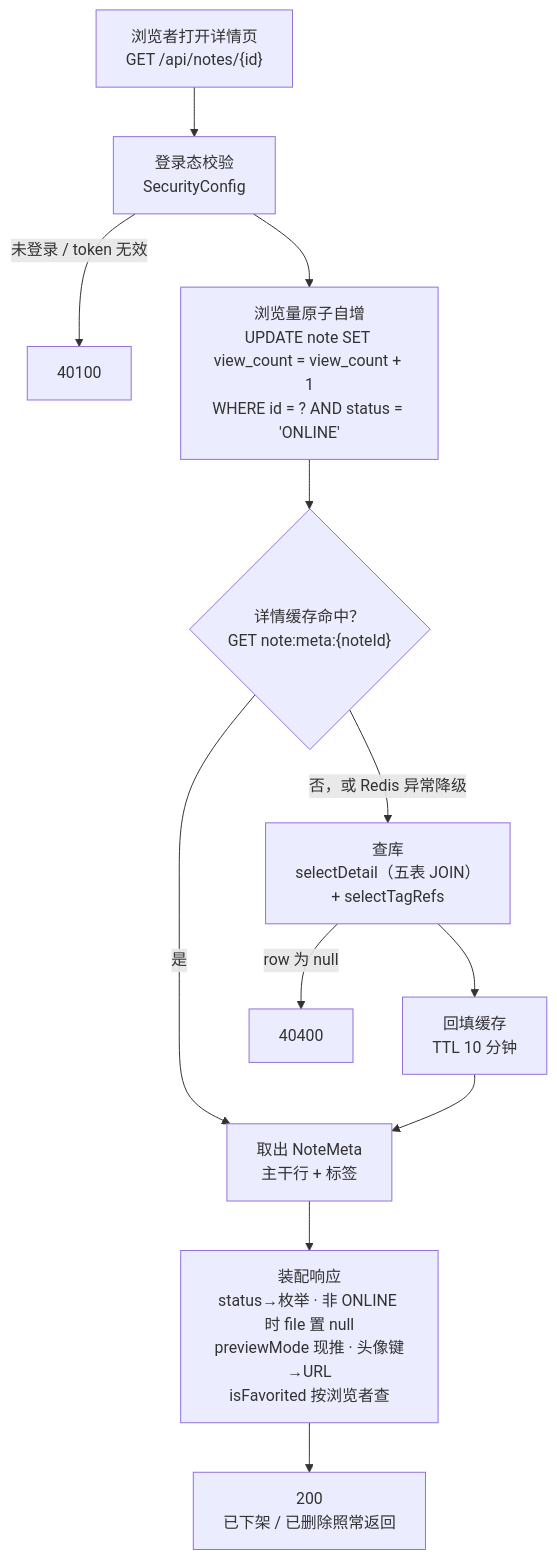
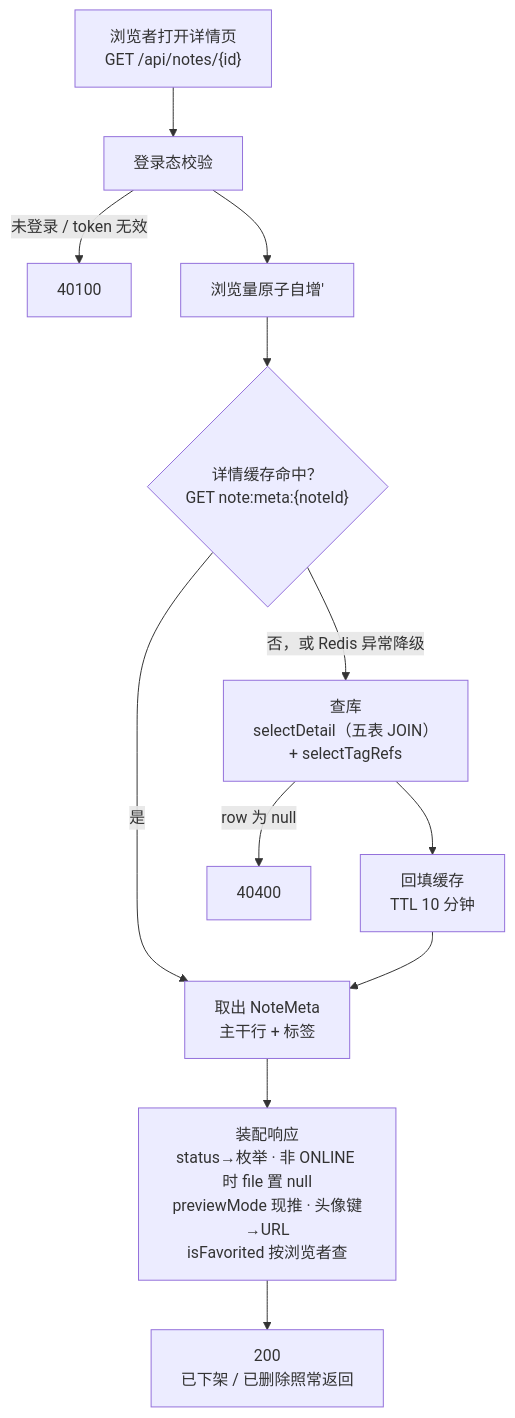
The diagram in docs/功能说明/note/笔记详情查询.md (ShiwarHoufu/jotang-note), drawn with Mermaid before and after one commit. The commit also changed other lines of this file and 6 other files, not shown here.

````diff
--- a/docs/功能说明/note/笔记详情查询.md
+++ b/docs/功能说明/note/笔记详情查询.md
@@ -25,14 +21,14 @@
 ```mermaid
 flowchart TD
-    A["浏览者打开详情页<br/>GET /api/notes/{id}"] --> B["登录态校验<br/>SecurityConfig"]
+    A["浏览者打开详情页<br/>GET /api/notes/{id}"] --> B["登录态校验"]
     B -->|未登录 / token 无效| E1["40100"]
-    B --> C["浏览量原子自增<br/>UPDATE note SET view_count = view_count + 1<br/>WHERE id = ? AND status = 'ONLINE'"]
+    B --> C["浏览量原子自增'"]
     C --> D{"详情缓存命中？<br/>GET note:meta:{noteId}"}
     D -->|是| H["取出 NoteMeta<br/>主干行 + 标签"]
     D -->|否，或 Redis 异常降级| F["查库<br/>selectDetail（五表 JOIN）<br/>+ selectTagRefs"]
     F -->|row 为 null| E2["40400"]
     F --> G["回填缓存<br/>TTL 10 分钟"]
     G --> H
     H --> I["装配响应<br/>status→枚举 · 非 ONLINE 时 file 置 null<br/>previewMode 现推 · 头像键→URL<br/>isFavorited 按浏览者查"]
     I --> J["200<br/>已下架 / 已删除照常返回"]
 ```
````
